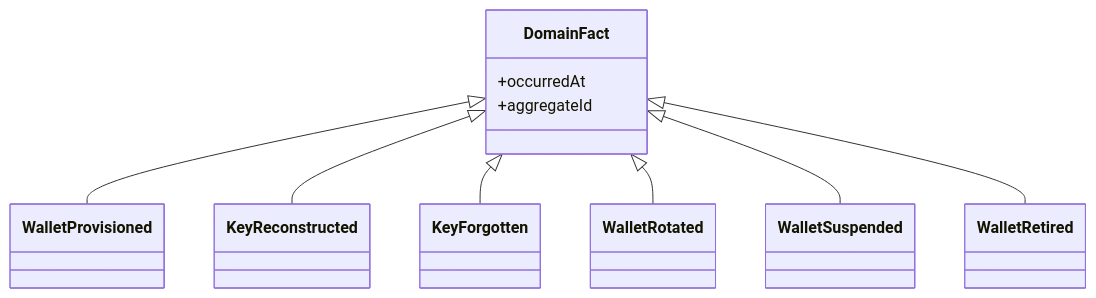
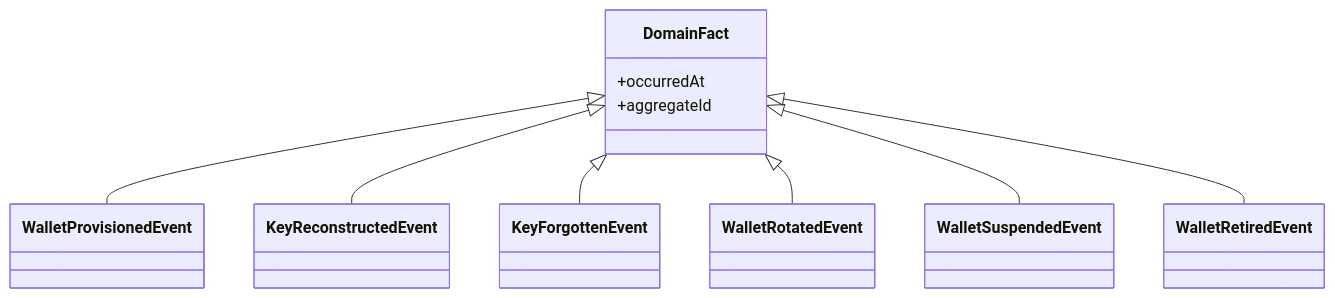
The third of 3 diagrams in docs/Bounded Contexts/cryptographic-wallet-custody/domain-model.md (Morocoders-Arq-9056/votochain-api-backend), drawn with Mermaid before and after one commit. The commit also changed other lines of this file and 20 other files, not shown here.

````diff
--- a/docs/Bounded Contexts/cryptographic-wallet-custody/domain-model.md
+++ b/docs/Bounded Contexts/cryptographic-wallet-custody/domain-model.md
@@ -198,13 +198,13 @@
 ```mermaid
 classDiagram
     class DomainFact {
         +occurredAt
         +aggregateId
     }
-    DomainFact <|-- WalletProvisioned
-    DomainFact <|-- KeyReconstructed
-    DomainFact <|-- KeyForgotten
-    DomainFact <|-- WalletRotated
-    DomainFact <|-- WalletSuspended
-    DomainFact <|-- WalletRetired
+    DomainFact <|-- WalletProvisionedEvent
+    DomainFact <|-- KeyReconstructedEvent
+    DomainFact <|-- KeyForgottenEvent
+    DomainFact <|-- WalletRotatedEvent
+    DomainFact <|-- WalletSuspendedEvent
+    DomainFact <|-- WalletRetiredEvent
 ```
````
